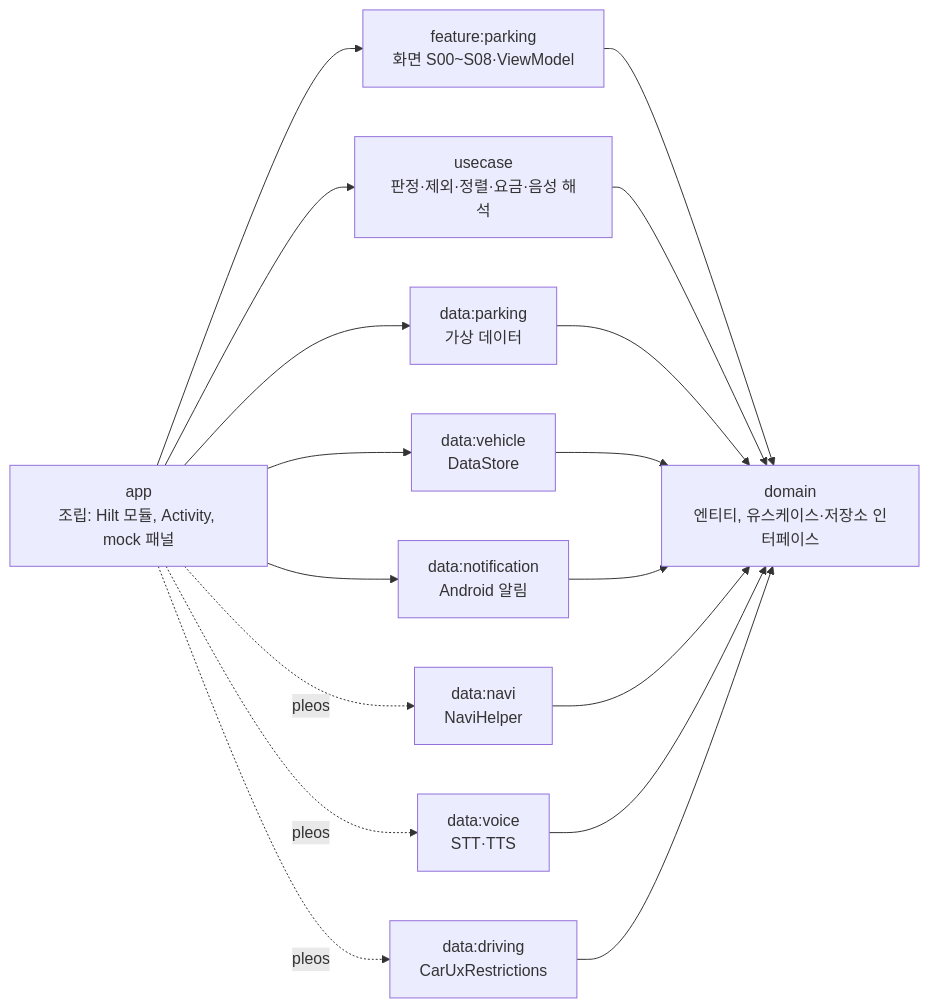
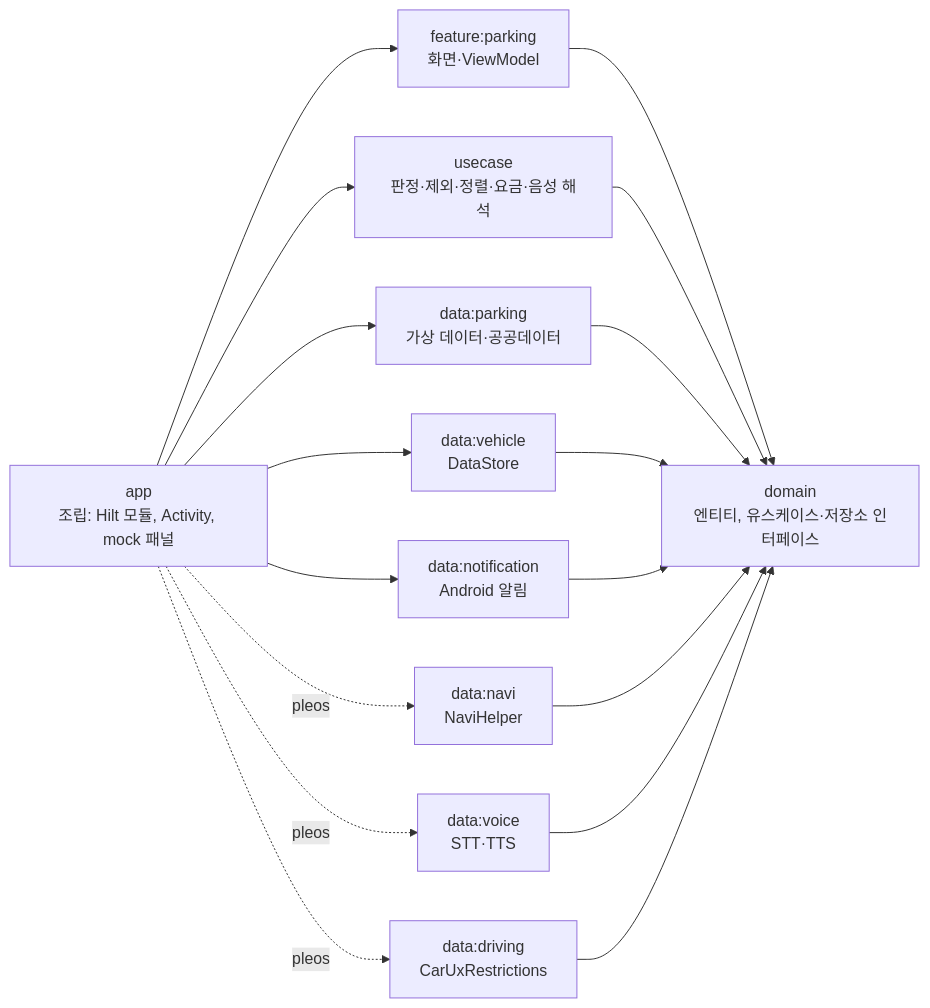
One commit to ParkingHDTeam/UntilParking changed the diagram in README.md. Above: the diagram before and after it, drawn with Mermaid. The commit also changed other lines of this file, not shown here.

````diff
--- a/README.md
+++ b/README.md
@@ -50,19 +158,19 @@
 ```mermaid
 flowchart LR
-    app[app<br/>조립: Hilt 모듈, Activity, mock 패널] --> feature[feature:parking<br/>화면 S00~S08·ViewModel]
+    app[app<br/>조립: Hilt 모듈, Activity, mock 패널] --> feature[feature:parking<br/>화면·ViewModel]
     app --> usecase[usecase<br/>판정·제외·정렬·요금·음성 해석]
-    app --> parking[data:parking<br/>가상 데이터]
+    app --> parking[data:parking<br/>가상 데이터·공공데이터]
     app --> vehicle[data:vehicle<br/>DataStore]
     app --> notification[data:notification<br/>Android 알림]
     app -. pleos .-> navi[data:navi<br/>NaviHelper]
     app -. pleos .-> voice[data:voice<br/>STT·TTS]
     app -. pleos .-> driving[data:driving<br/>CarUxRestrictions]
     feature --> domain[domain<br/>엔티티, 유스케이스·저장소 인터페이스]
     usecase --> domain
     parking --> domain
     vehicle --> domain
     notification --> domain
     navi --> domain
     voice --> domain
     driving --> domain
 ```
````
